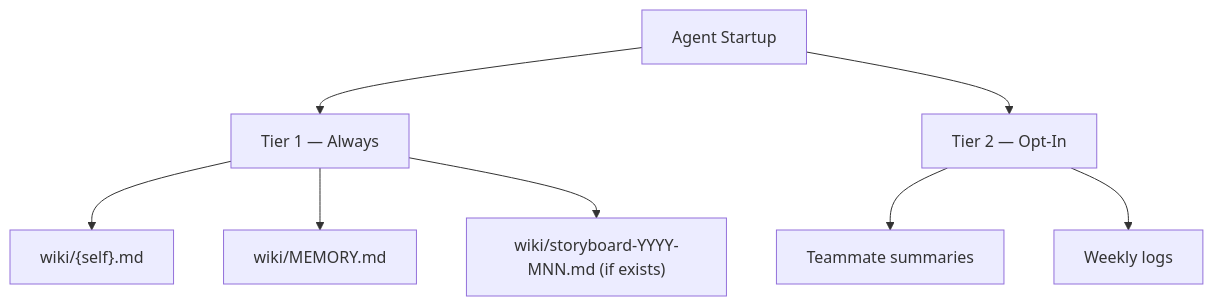
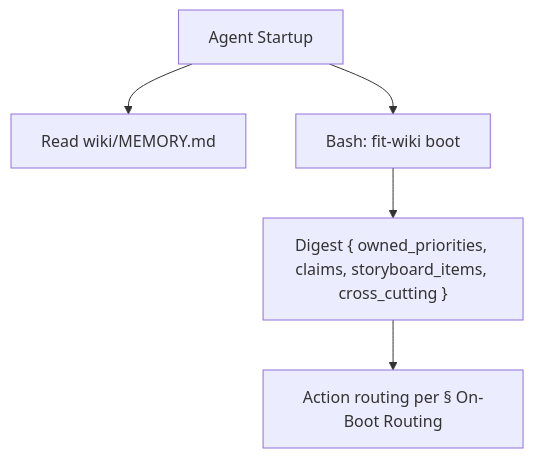
The diagram in .claude/agents/references/memory-protocol.md (forwardimpact/pathway), drawn with Mermaid before and after one commit. The commit also changed other lines of this file and 4 other files, not shown here.

````diff
--- a/.claude/agents/references/memory-protocol.md
+++ b/.claude/agents/references/memory-protocol.md
@@ -9,10 +192,7 @@
 ```mermaid
 graph TD
-  A[Agent Startup] --> T1[Tier 1 — Always]
-  T1 --> F1["wiki/{self}.md"]
-  T1 --> F2[wiki/MEMORY.md]
-  T1 --> F3["wiki/storyboard-YYYY-MNN.md (if exists)"]
-  A --> T2[Tier 2 — Opt-In]
-  T2 --> F4["Teammate summaries"]
-  T2 --> F5["Weekly logs"]
+  A[Agent Startup] --> R[Read wiki/MEMORY.md]
+  A --> B["Bash: fit-wiki boot"]
+  B --> D["Digest { owned_priorities, claims, storyboard_items, cross_cutting }"]
+  D --> Route[Action routing per § On-Boot Routing]
 ```
````
